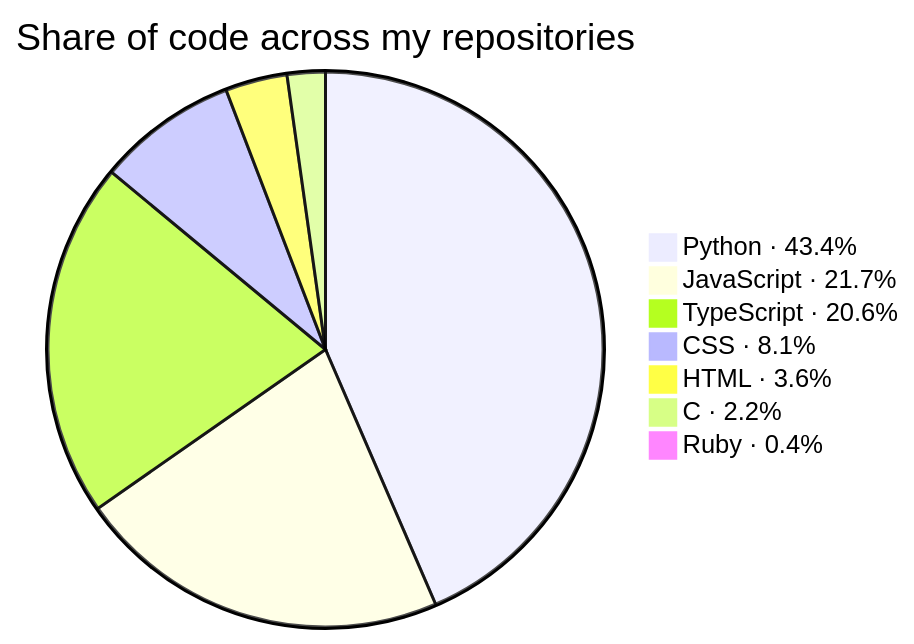
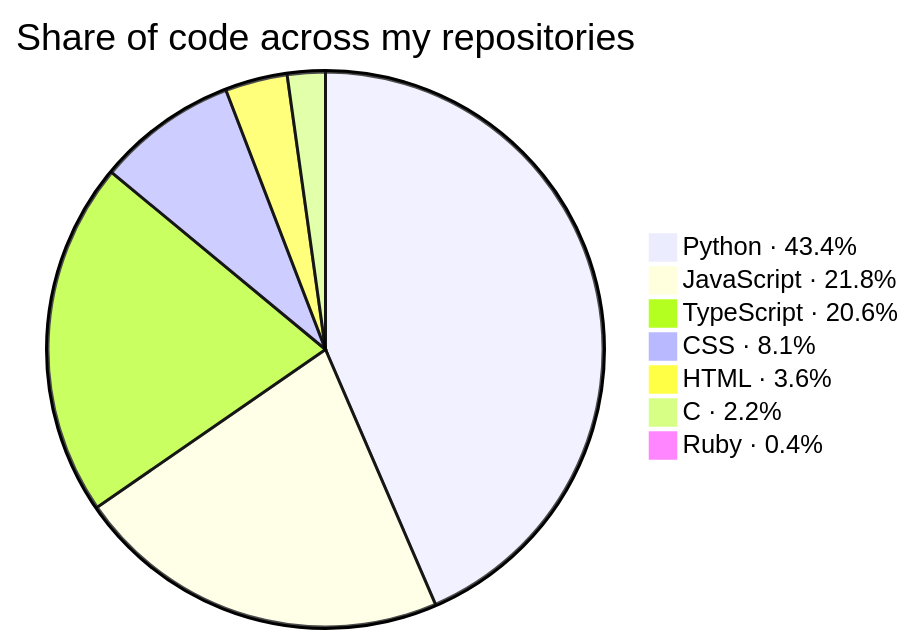
One commit to KathFK1234/KathFK1234 changed the second of 3 diagrams in README.md. Above: the diagram before and after it, drawn with Mermaid. The commit also changed other lines of this file and 5 other files, not shown here.

````diff
--- a/README.md
+++ b/README.md
@@ -109,11 +109,11 @@
 ```mermaid
 %%{init: {"themeVariables": {"pieSectionTextSize": "0px"}}}%%
 pie title Share of code across my repositories
-    "Python · 43.4%" : 1229.2
-    "JavaScript · 21.7%" : 615.7
+    "Python · 43.4%" : 1234.7
+    "JavaScript · 21.8%" : 620.2
     "TypeScript · 20.6%" : 585.4
-    "CSS · 8.1%" : 230.5
-    "HTML · 3.6%" : 101.8
+    "CSS · 8.1%" : 231.5
+    "HTML · 3.6%" : 102.8
     "C · 2.2%" : 62.7
     "Ruby · 0.4%" : 10.1
 ```
````
